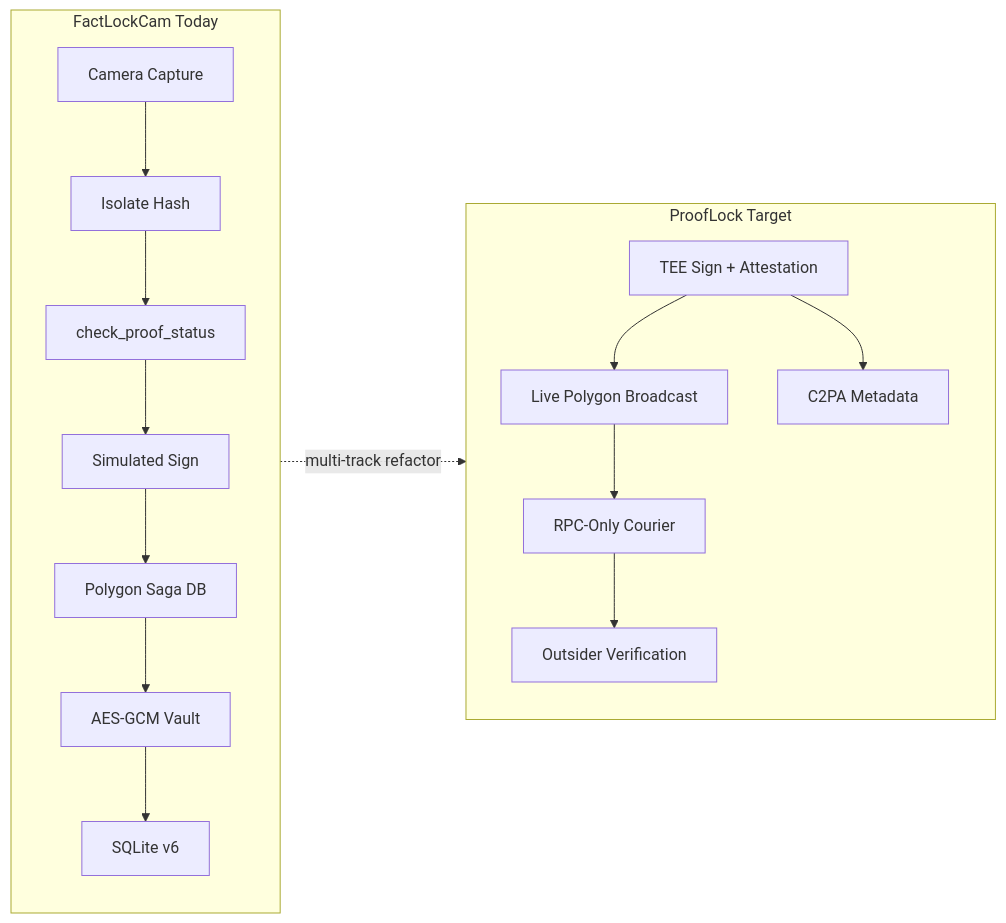
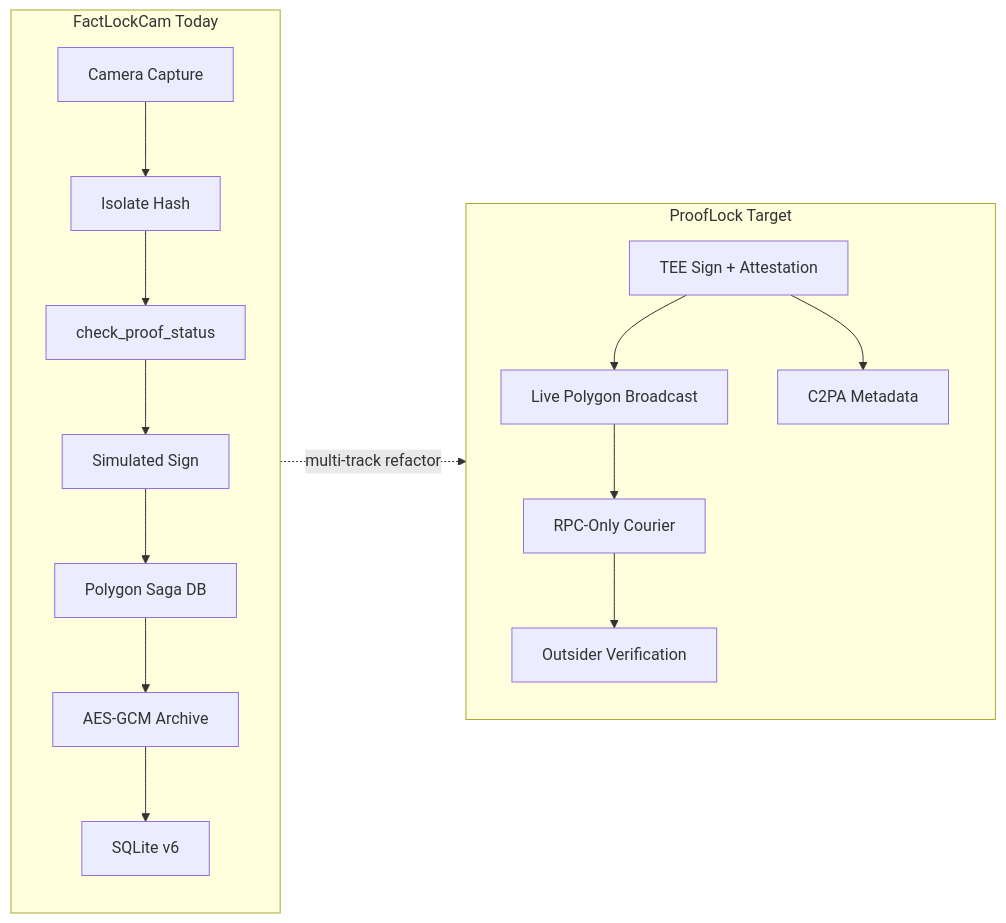
One commit to PensorCTO/SnapSeal changed the third of 3 diagrams in FACTLOCK_MASTER_BLUEPRINT21MAY26.md. Above: the diagram before and after it, drawn with Mermaid. The commit also changed other lines of this file and 63 other files, not shown here.

````diff
--- a/FACTLOCK_MASTER_BLUEPRINT21MAY26.md
+++ b/FACTLOCK_MASTER_BLUEPRINT21MAY26.md
@@ -769,25 +769,25 @@
 ```mermaid
 flowchart LR
   subgraph today [FactLockCam Today]
     Cam[Camera Capture]
     Iso[Isolate Hash]
     Pre[check_proof_status]
     SimSign[Simulated Sign]
     PolySaga[Polygon Saga DB]
-    Vault[AES-GCM Vault]
+    Archive[AES-GCM Archive]
     Sql[SQLite v6]
-    Cam --> Iso --> Pre --> SimSign --> PolySaga --> Vault --> Sql
+    Cam --> Iso --> Pre --> SimSign --> PolySaga --> Archive --> Sql
   end
 
   subgraph target [ProofLock Target]
     Tee[TEE Sign + Attestation]
     Mainnet[Live Polygon Broadcast]
     C2pa[C2PA Metadata]
     RpcCourier[RPC-Only Courier]
     Verify[Outsider Verification]
     Tee --> Mainnet --> RpcCourier --> Verify
     Tee --> C2pa
   end
 
   today -.->|multi-track refactor| target
 ```
````
